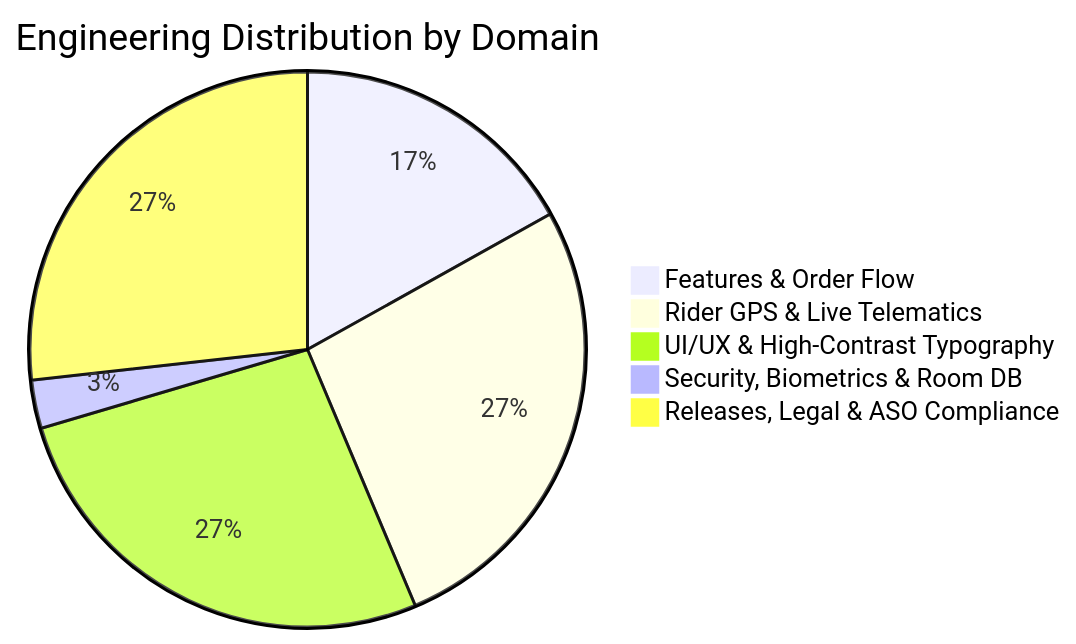
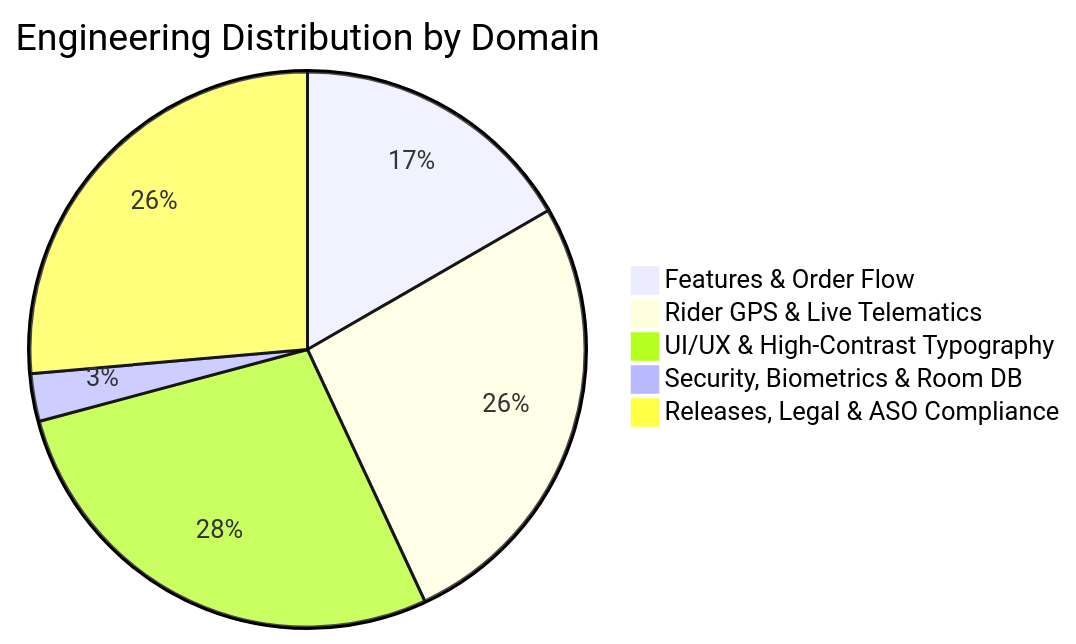
Before and after one commit to daniyal44/Zyphuel-App: the second of 2 diagrams in README.md, drawn with Mermaid. The commit also changed other lines of this file, not shown here.

Commit message:
chore(dashboard): auto-update code-based engineering velocity graph [skip ci]

````diff
--- a/README.md
+++ b/README.md
@@ -60,8 +60,8 @@
 ```mermaid
 pie title Engineering Distribution by Domain
     "Features & Order Flow" : 12
     "Rider GPS & Live Telematics" : 19
-    "UI/UX & High-Contrast Typography" : 19
+    "UI/UX & High-Contrast Typography" : 20
     "Security, Biometrics & Room DB" : 2
     "Releases, Legal & ASO Compliance" : 19
 ```
````
